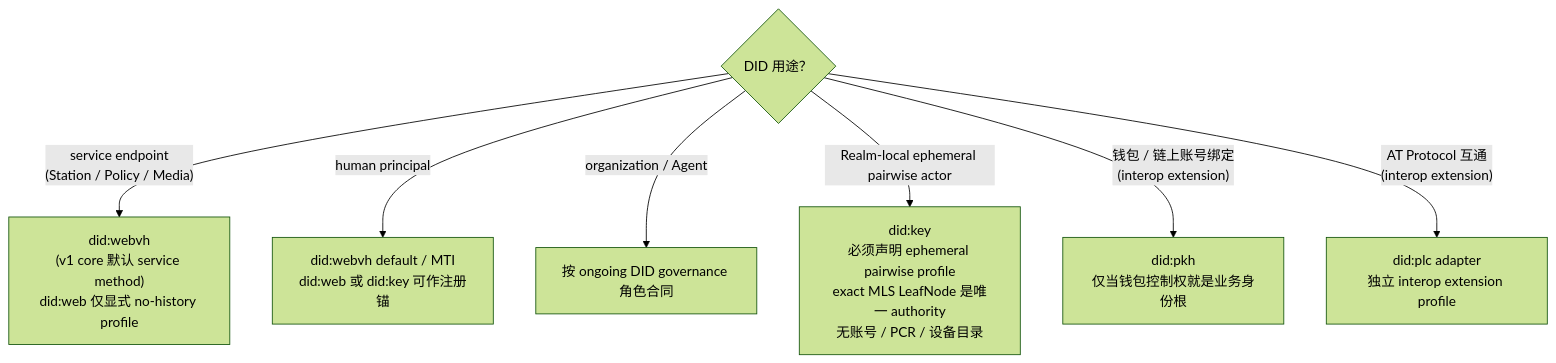
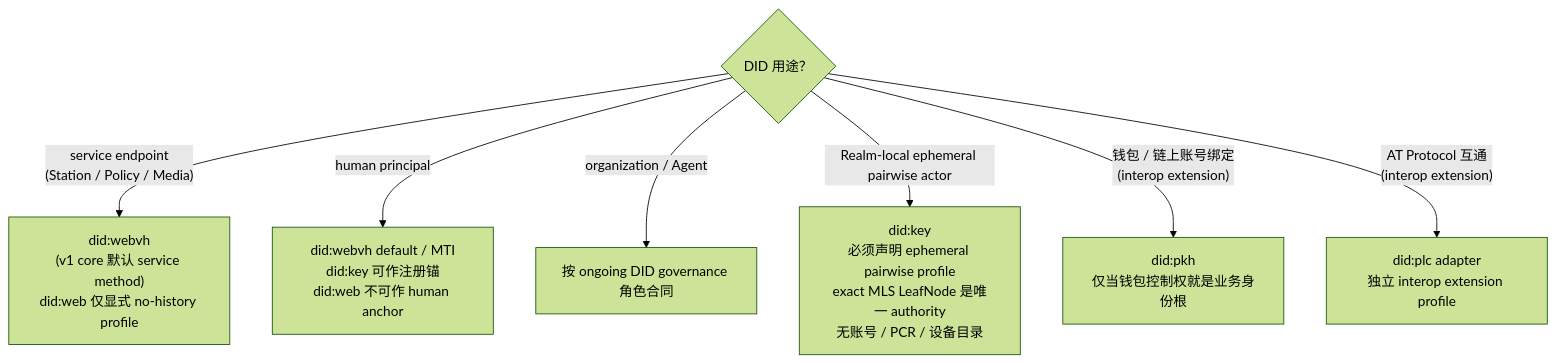
The diagram in spec/v1/zh/identity/identity-did.md (arkret-org/arkret-spec), drawn with Mermaid (forest theme) before and after one commit. The commit also changed other lines of this file and 33 other files, not shown here.

````diff
--- a/spec/v1/zh/identity/identity-did.md
+++ b/spec/v1/zh/identity/identity-did.md
@@ -159,17 +164,17 @@
 ```mermaid
 flowchart TB
     Q1{"DID 用途？"}
 
     Q1 -- "service endpoint<br/>(Station / Policy / Media)" --> SVC["did:webvh<br/>(v1 core 默认 service method)<br/>did:web 仅显式 no-history profile"]
 
-    Q1 -- "human principal" --> PRINCIPAL["did:webvh default / MTI<br/>did:web 或 did:key 可作注册锚"]
+    Q1 -- "human principal" --> PRINCIPAL["did:webvh default / MTI<br/>did:key 可作注册锚<br/>did:web 不可作 human anchor"]
 
     Q1 -- "organization / Agent" --> GOVERNED["按 ongoing DID governance 角色合同"]
 
     Q1 -- "Realm-local ephemeral pairwise actor" --> KEY["did:key<br/>必须声明 ephemeral pairwise profile<br/>exact MLS LeafNode 是唯一 authority<br/>无账号 / PCR / 设备目录"]
 
     Q1 -- "钱包 / 链上账号绑定<br/>(interop extension)" --> PKH["did:pkh<br/>仅当钱包控制权就是业务身份根"]
 
     Q1 -- "AT Protocol 互通<br/>(interop extension)" --> PLC["did:plc adapter<br/>独立 interop extension profile"]
 
 ```
````
